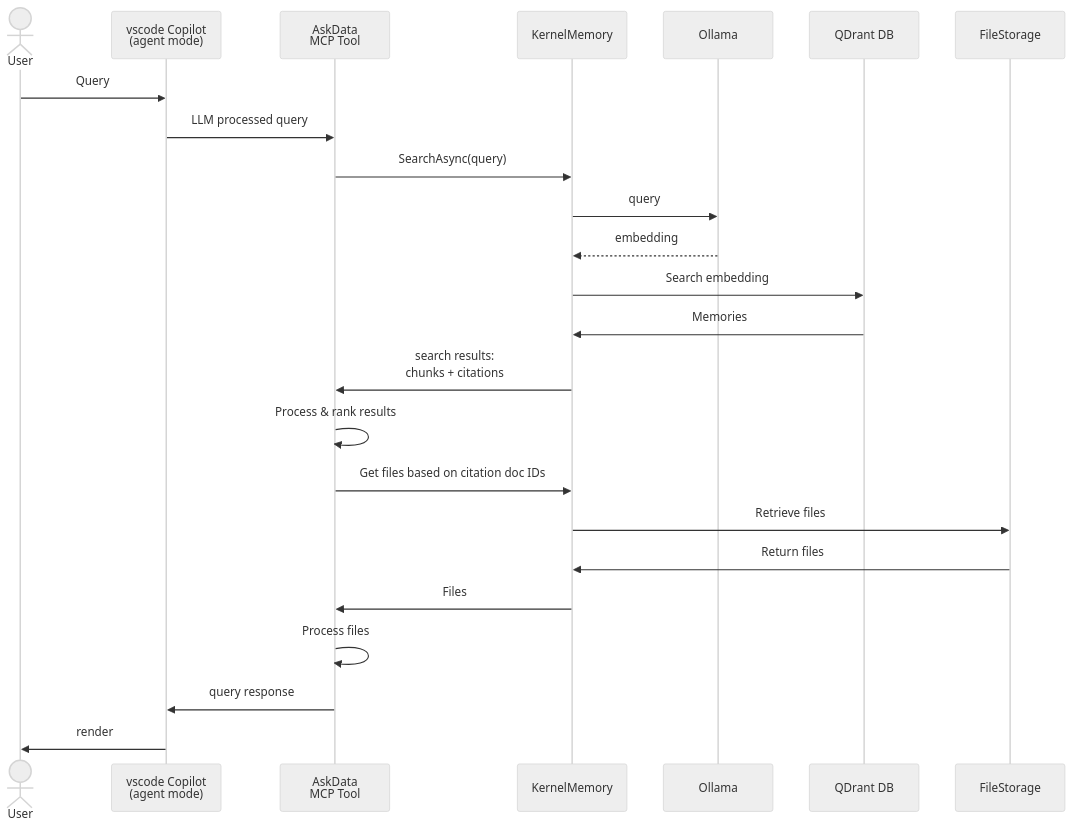
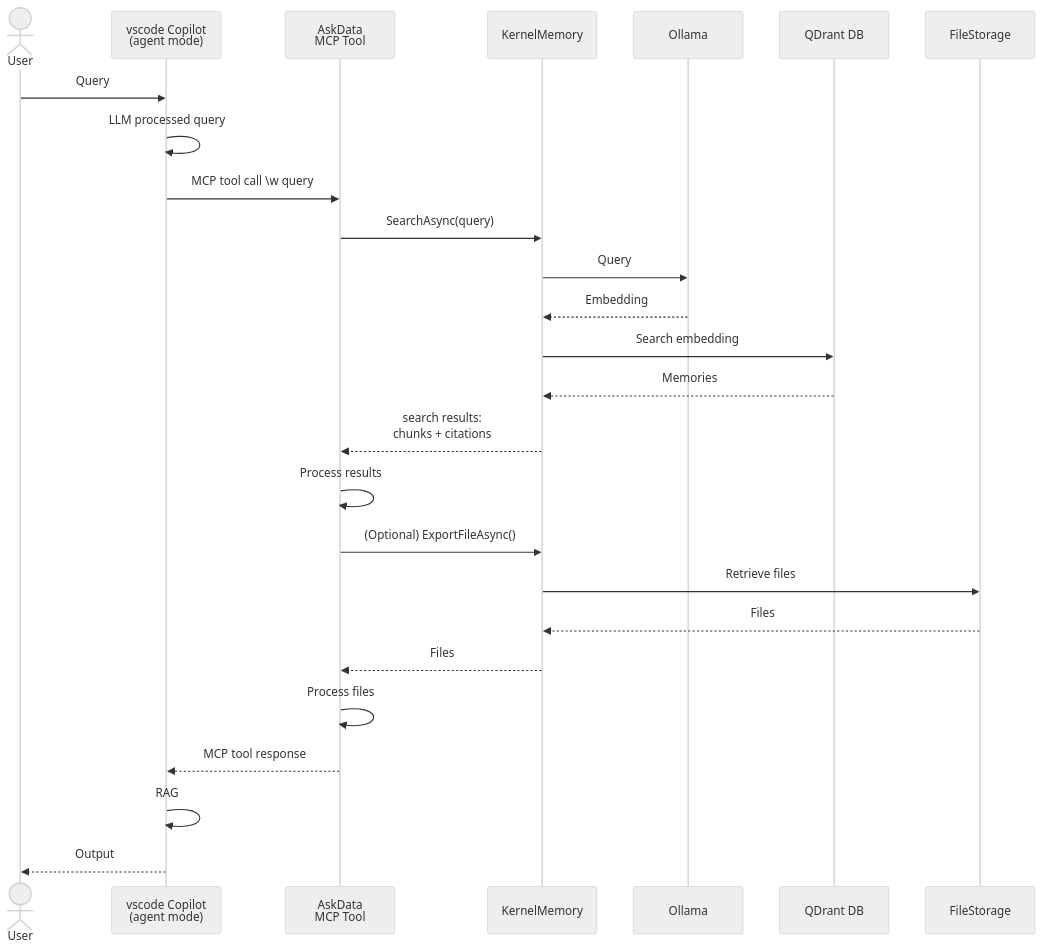
One commit to yxbh/AskData changed the diagram in doc/workflow_search.mmd. Above: the diagram before and after it, drawn with Mermaid (neutral theme).

Commit message:
update diagram

```diff
--- a/doc/workflow_search.mmd
+++ b/doc/workflow_search.mmd
@@ -1,25 +1,27 @@
 sequenceDiagram
     actor User
     participant vscode as vscode Copilot<br>(agent mode)
     participant AskData as AskData<br> MCP Tool
     participant KernelMemory
     participant Ollama
     participant QDrant as QDrant DB
     participant FileStorage
 
     User->>vscode: Query
-    vscode->>AskData: LLM processed query
+    vscode->>vscode: LLM processed query
+    vscode->>AskData: MCP tool call \w query
     AskData->>KernelMemory: SearchAsync(query)
-    KernelMemory->>Ollama: query
-    Ollama-->>KernelMemory: embedding
+    KernelMemory->>Ollama: Query
+    Ollama-->>KernelMemory: Embedding
     KernelMemory->>QDrant: Search embedding
-    QDrant->>KernelMemory: Memories
-    KernelMemory->>AskData: search results:<br>chunks + citations
-    AskData->>AskData: Process & rank results
-    AskData->>KernelMemory: Get files based on citation doc IDs
+    QDrant-->>KernelMemory: Memories
+    KernelMemory-->>AskData: search results:<br>chunks + citations
+    AskData->>AskData: Process results
+    AskData->>KernelMemory: (Optional) ExportFileAsync()
     KernelMemory->>FileStorage: Retrieve files
-    FileStorage->>KernelMemory: Return files
-    KernelMemory->>AskData: Files
+    FileStorage-->>KernelMemory: Files
+    KernelMemory-->>AskData: Files
     AskData->>AskData: Process files
-    AskData->>vscode: query response
-    vscode->>User: render
+    AskData-->>vscode: MCP tool response
+    vscode->>vscode: RAG
+    vscode-->>User: Output
```
